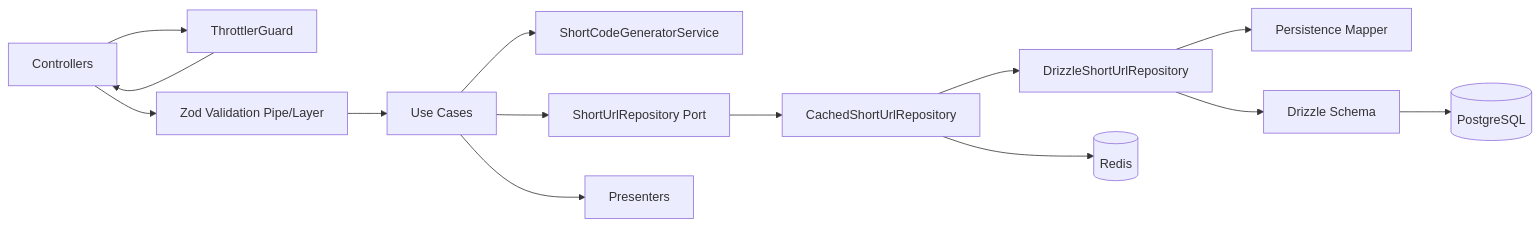
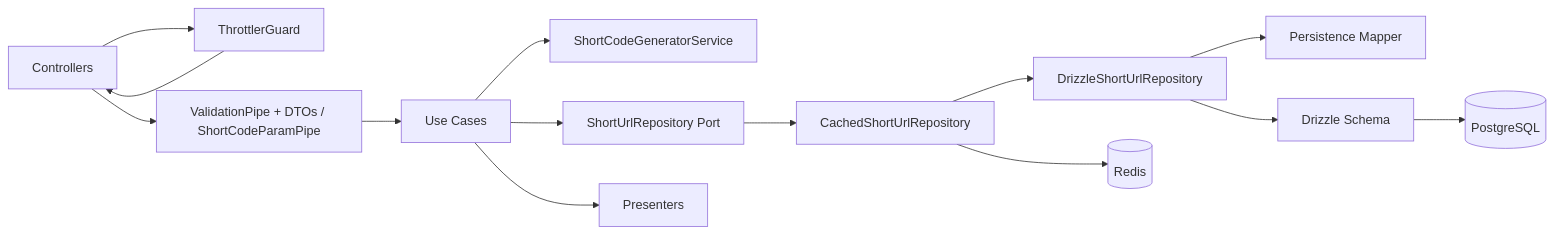
One commit to joisiney/short-url-api changed the third of 7 diagrams in docs/planejamento_feature_url_shortener_c_4.md. Above: the diagram before and after it, drawn with Mermaid. The commit also changed other lines of this file and 1 other file, not shown here.

First line of the commit message:
docs: update validation architecture from zod to DTO pipes

````diff
--- a/docs/planejamento_feature_url_shortener_c_4.md
+++ b/docs/planejamento_feature_url_shortener_c_4.md
@@ -579,30 +581,30 @@
 ```mermaid
 flowchart LR
     Controller[Controllers]
     Throttler[ThrottlerGuard]
-    ZodValidation[Zod Validation Pipe/Layer]
+    DtoValidation[ValidationPipe + DTOs / ShortCodeParamPipe]
     UseCases[Use Cases]
     Generator[ShortCodeGeneratorService]
     RepoPort[ShortUrlRepository Port]
     CachedRepo[CachedShortUrlRepository]
     DrizzleRepo[DrizzleShortUrlRepository]
     Redis[(Redis)]
     Mapper[Persistence Mapper]
     DrizzleSchema[Drizzle Schema]
     Postgres[(PostgreSQL)]
     Presenter[Presenters]
 
     Controller --> Throttler
     Throttler --> Controller
-    Controller --> ZodValidation
-    ZodValidation --> UseCases
+    Controller --> DtoValidation
+    DtoValidation --> UseCases
     UseCases --> Generator
     UseCases --> RepoPort
     RepoPort --> CachedRepo
     CachedRepo --> Redis
     CachedRepo --> DrizzleRepo
     DrizzleRepo --> Mapper
     DrizzleRepo --> DrizzleSchema
     DrizzleSchema --> Postgres
     UseCases --> Presenter
 ```
````
